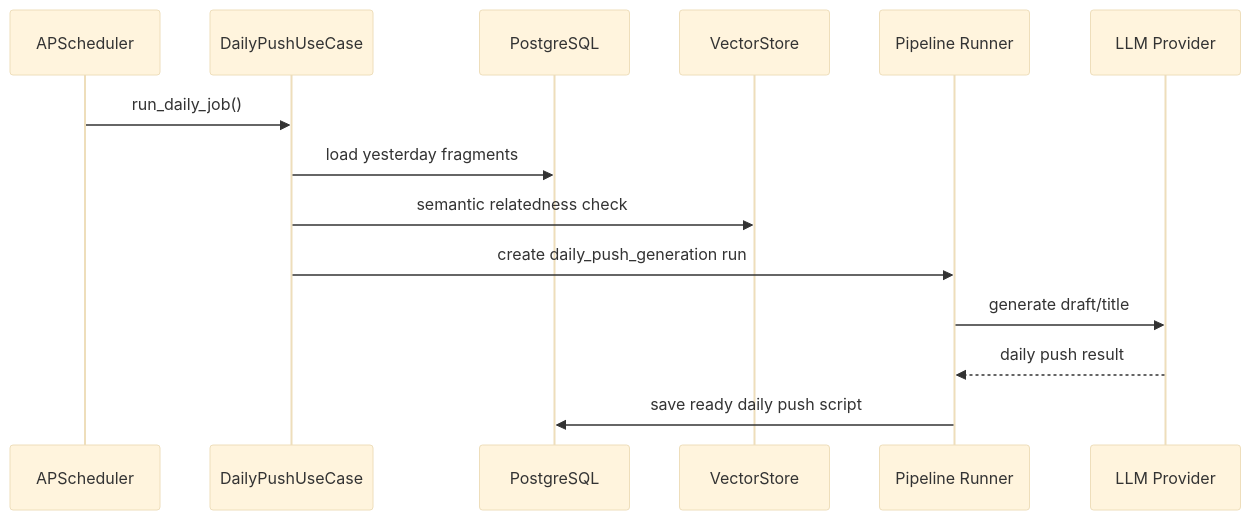
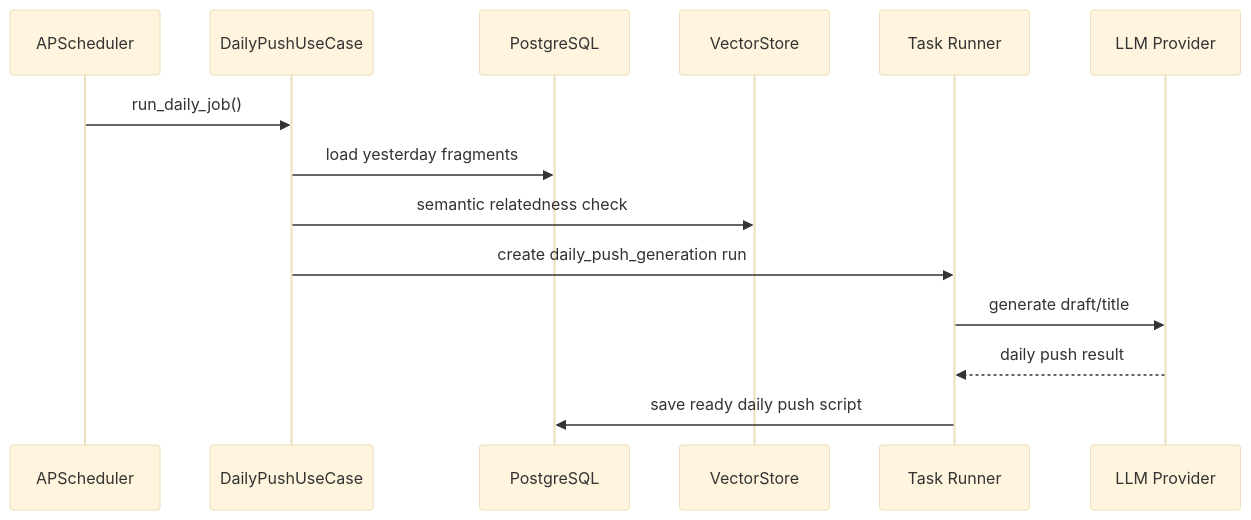
The tenth of 10 diagrams in memory-bank/architecture.md (YCZA2/SparkFlow), drawn with Mermaid (base theme) before and after one commit. The commit also changed other lines of this file and 29 other files, not shown here.

````diff
--- a/memory-bank/architecture.md
+++ b/memory-bank/architecture.md
@@ -595,17 +594,17 @@
 ```mermaid
 sequenceDiagram
     participant Scheduler as APScheduler
     participant UseCase as DailyPushUseCase
     participant DB as PostgreSQL
     participant VDB as VectorStore
-    participant PIPE as Pipeline Runner
+    participant TASK as Task Runner
     participant LLM as LLM Provider
 
     Scheduler->>UseCase: run_daily_job()
     UseCase->>DB: load yesterday fragments
     UseCase->>VDB: semantic relatedness check
-    UseCase->>PIPE: create daily_push_generation run
-    PIPE->>LLM: generate draft/title
-    LLM-->>PIPE: daily push result
-    PIPE->>DB: save ready daily push script
+    UseCase->>TASK: create daily_push_generation run
+    TASK->>LLM: generate draft/title
+    LLM-->>TASK: daily push result
+    TASK->>DB: save ready daily push script
 ```
````
